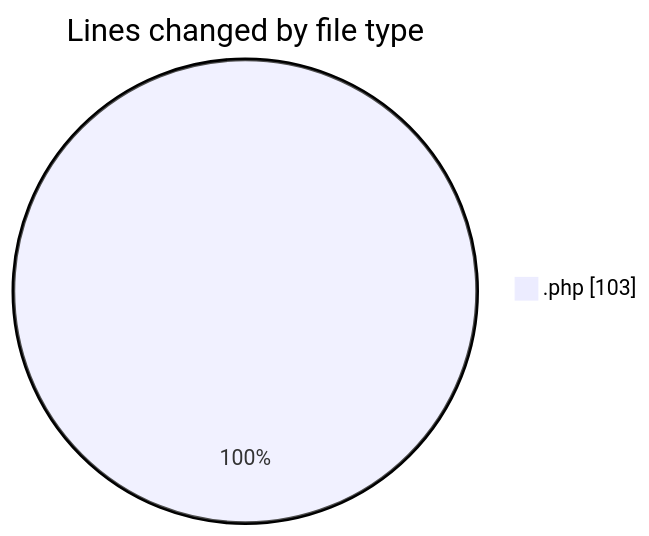
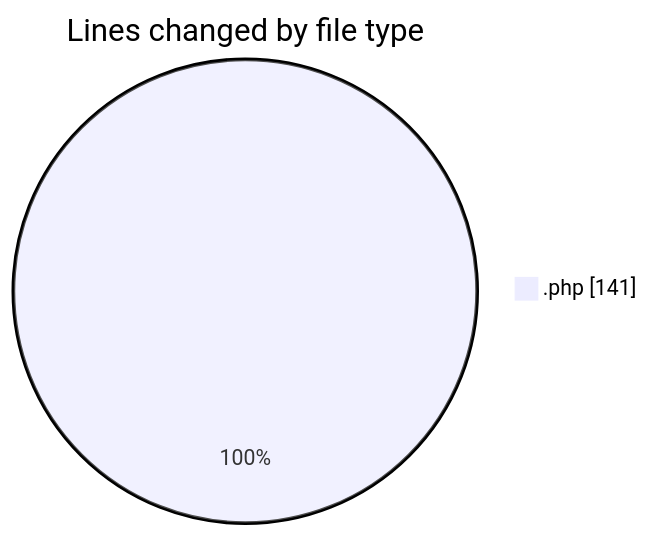
Before and after one commit to idhammustaqopulfikri/code-tracking: the first of 2 diagrams in 2025-04-10/test/README.md, drawn with Mermaid. The commit also changed other lines of this file and 1 other file, not shown here.

````diff
--- a/2025-04-10/test/README.md
+++ b/2025-04-10/test/README.md
@@ -22,5 +23,5 @@
 ```mermaid
 pie showData
 title Lines changed by file type
-".php" : 103
+".php" : 141
 ```
````
